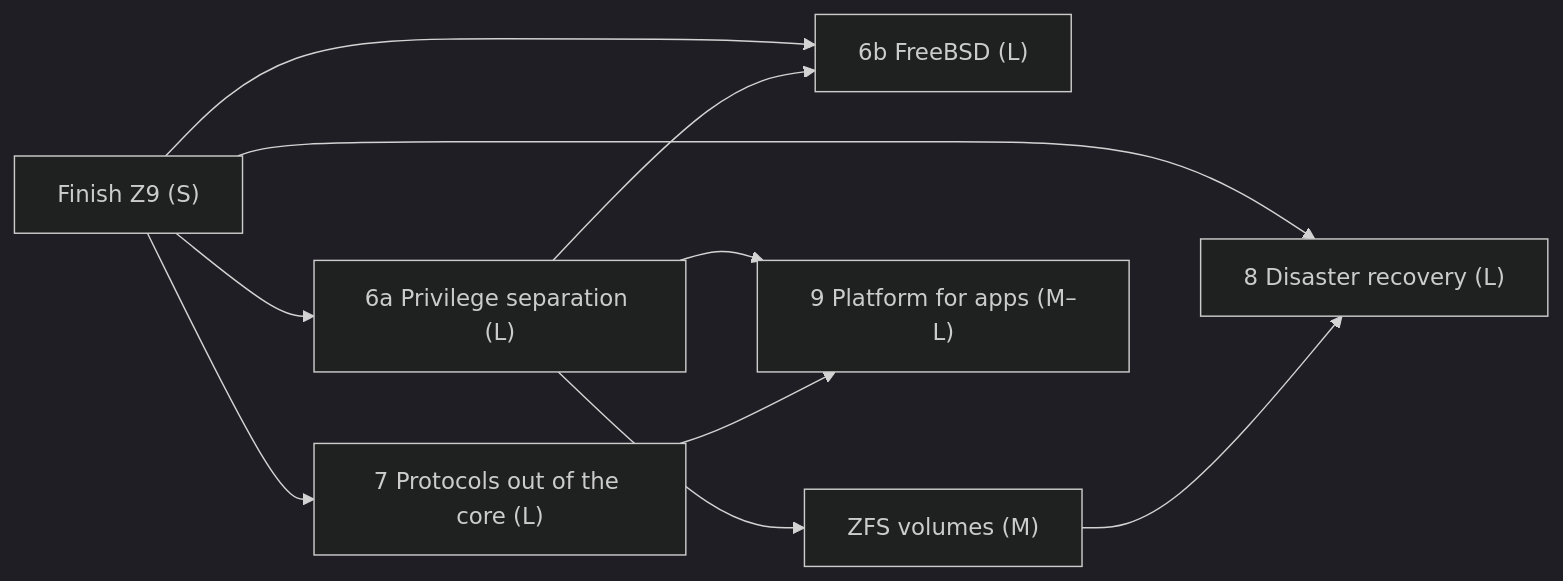
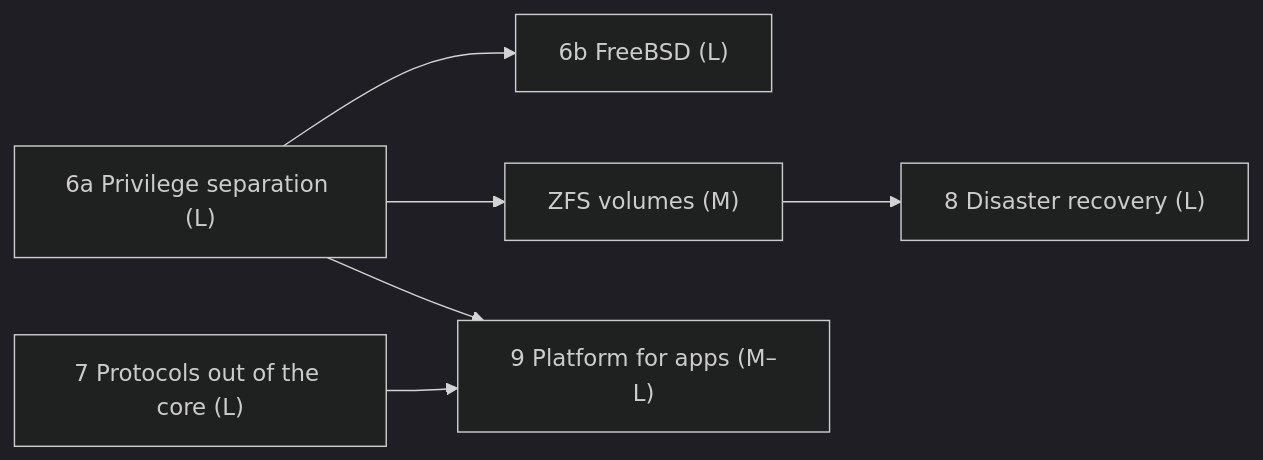
The diagram in docs/ROADMAP.md (jrobhoward/paddock), drawn with Mermaid (dark theme) before and after one commit. The commit also changed other lines of this file and 68 other files, not shown here.

````diff
--- a/docs/ROADMAP.md
+++ b/docs/ROADMAP.md
@@ -67,12 +67,9 @@
 ```mermaid
 flowchart LR
-    z9["Finish Z9 (S)"] --> p6a["6a Privilege separation (L)"]
-    z9 --> p6b["6b FreeBSD (L)"]
-    z9 --> p7["7 Protocols out of the core (L)"]
-    p6a --> p6b
+    p6a["6a Privilege separation (L)"] --> p6b["6b FreeBSD (L)"]
     p6a --> zfs["ZFS volumes (M)"]
     p6a --> p9["9 Platform for apps (M–L)"]
-    p7 --> p9
-    z9 --> p8["8 Disaster recovery (L)"]
+    p7["7 Protocols out of the core (L)"] --> p9
+    p8["8 Disaster recovery (L)"]
     zfs --> p8
 ```
````
